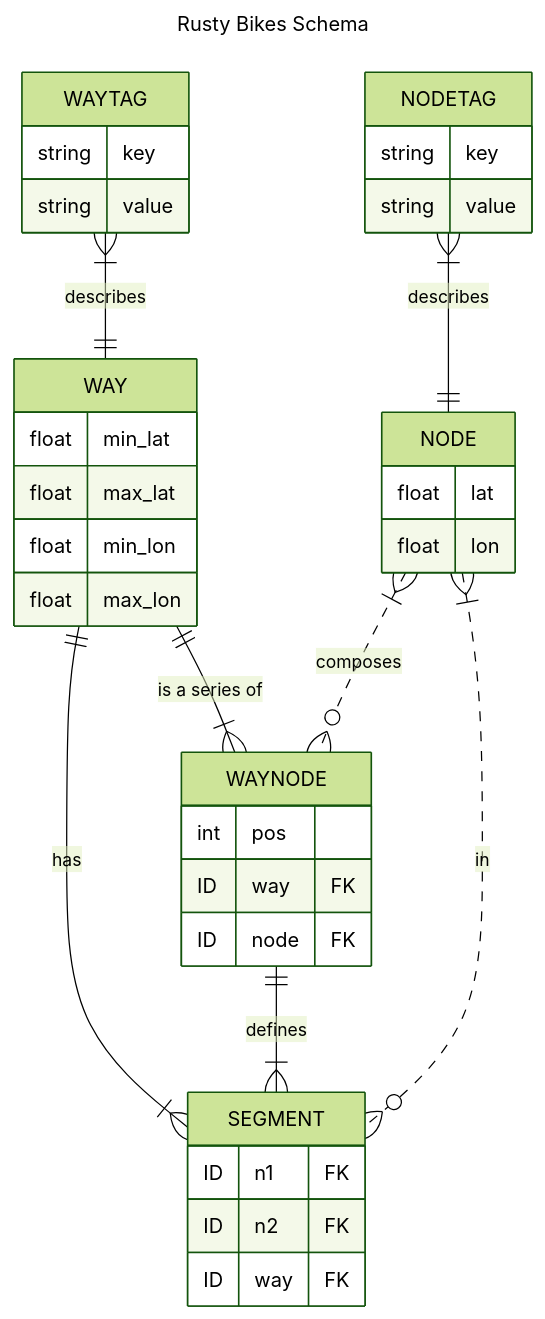
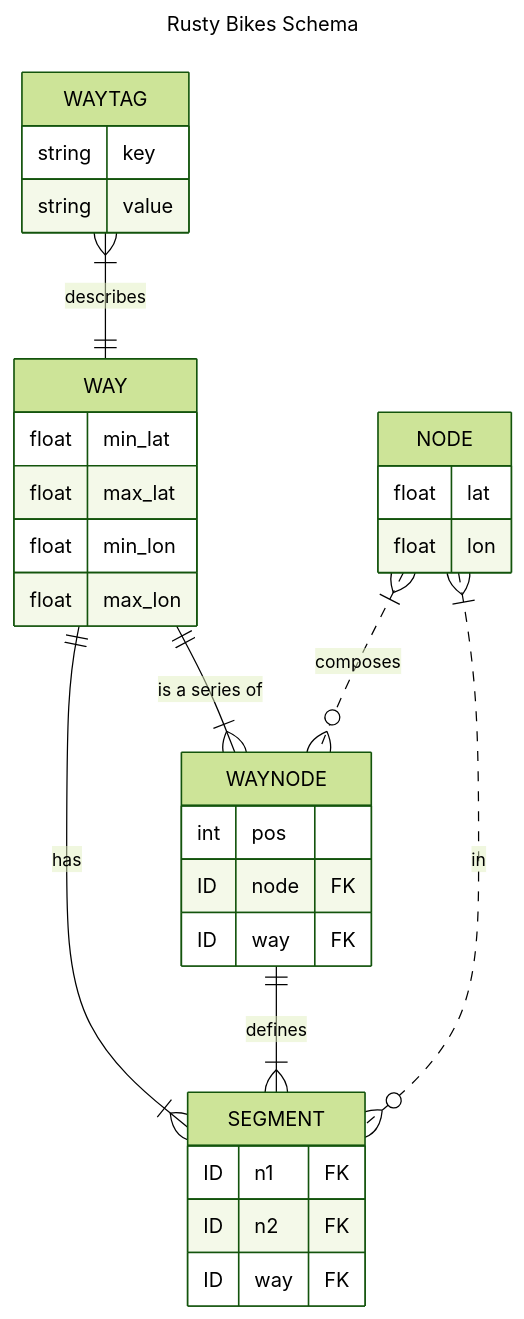
The diagram in README.md (binhrobles/rusty-bikes), drawn with Mermaid (forest theme) before and after one commit. The commit also changed other lines of this file and 1 other file, not shown here.

Commit message:
remove NodeTags

````diff
--- a/README.md
+++ b/README.md
@@ -66,44 +66,39 @@
 ```mermaid
 ---
 title: Rusty Bikes Schema
 ---
 erDiagram
     WAY {
         float min_lat
         float max_lat
         float min_lon
         float max_lon
     }
     NODE {
         float lat
         float lon
     }
     WAYNODE {
         int pos
+        ID node FK
         ID way FK
-        ID node FK
     }
     SEGMENT {
         ID n1 FK
         ID n2 FK
         ID way FK
-    }
-    NODETAG {
-        string key
-        string value
     }
     WAYTAG {
         string key
         string value
     }
 
     WAYTAG }|--|| WAY : describes
-    NODETAG }|--|| NODE : describes
 
     WAY ||--|{ WAYNODE : "is a series of"
     NODE }|..o{ WAYNODE : composes
 
     WAY ||--|{ SEGMENT : has
     WAYNODE ||--|{ SEGMENT : defines
     NODE }|..o{ SEGMENT : in
 ```
````
